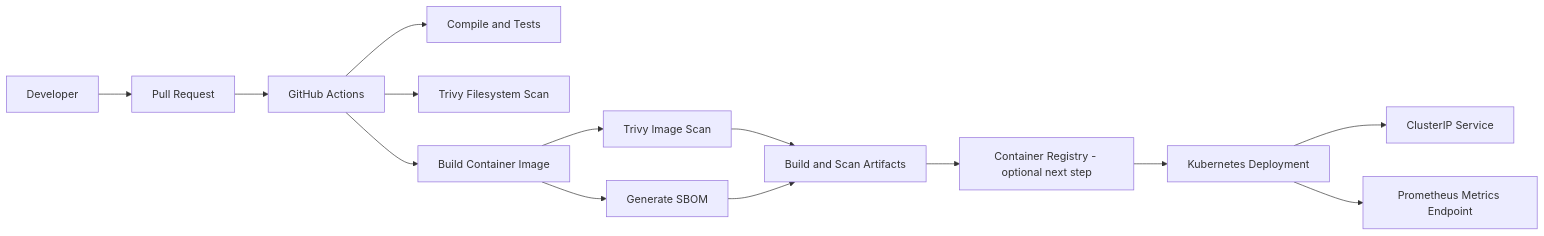
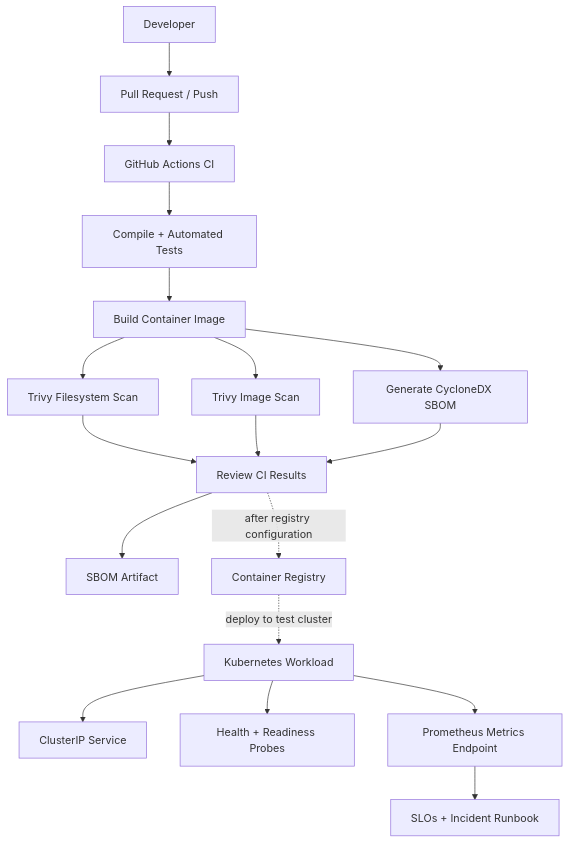
The diagram in README.md (haqueamir70-coder/secure-gitops-platform), drawn with Mermaid before and after one commit. The commit also changed other lines of this file, not shown here.

Commit message:
Upgrade README to premium international DevSecOps portfolio standard

````diff
--- a/README.md
+++ b/README.md
@@ -10,16 +56,20 @@
 ```mermaid
-flowchart LR
-    Dev[Developer] --> PR[Pull Request]
-    PR --> CI[GitHub Actions]
-    CI --> Test[Compile and Tests]
-    CI --> Scan[Trivy Filesystem Scan]
-    CI --> Build[Build Container Image]
-    Build --> ImageScan[Trivy Image Scan]
-    Build --> SBOM[Generate SBOM]
-    ImageScan --> Artifact[Build and Scan Artifacts]
-    SBOM --> Artifact
-    Artifact --> Registry[Container Registry - optional next step]
-    Registry --> K8s[Kubernetes Deployment]
+flowchart TD
+    Dev[Developer] --> PR[Pull Request / Push]
+    PR --> CI[GitHub Actions CI]
+    CI --> Tests[Compile + Automated Tests]
+    Tests --> Build[Build Container Image]
+    Build --> FS[Trivy Filesystem Scan]
+    Build --> IMG[Trivy Image Scan]
+    Build --> SBOM[Generate CycloneDX SBOM]
+    FS --> Gate[Review CI Results]
+    IMG --> Gate
+    SBOM --> Gate
+    Gate --> Artifact[SBOM Artifact]
+    Gate -. after registry configuration .-> Registry[Container Registry]
+    Registry -. deploy to test cluster .-> K8s[Kubernetes Workload]
     K8s --> Svc[ClusterIP Service]
+    K8s --> Probe[Health + Readiness Probes]
     K8s --> Metrics[Prometheus Metrics Endpoint]
+    Metrics --> SRE[SLOs + Incident Runbook]
 ```
````
